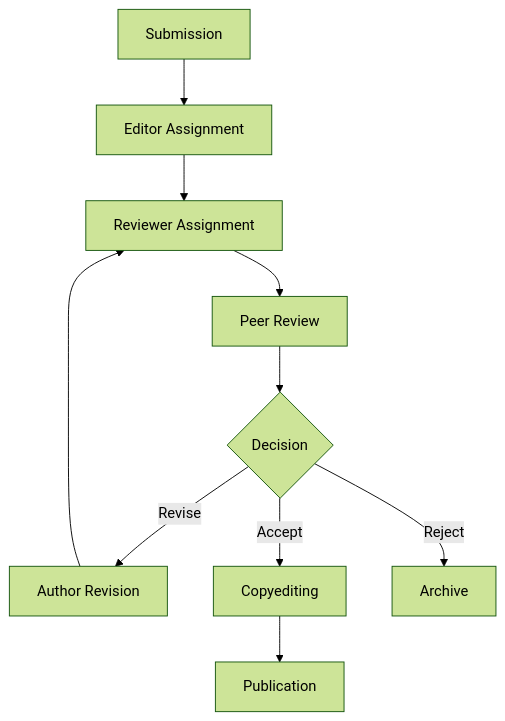
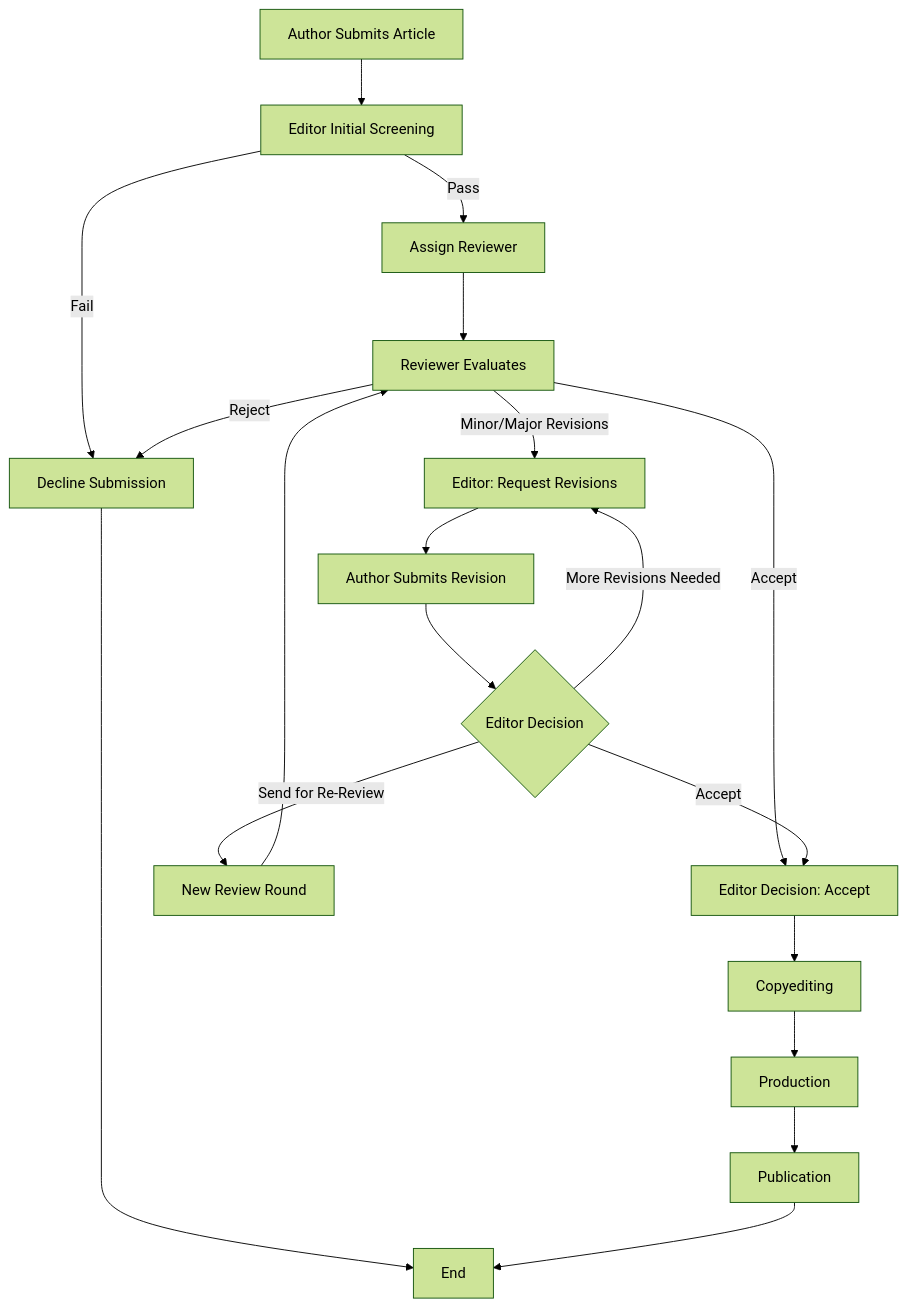
The diagram in README.md (dtr-kalfer/OJS-editorial-playbook), drawn with Mermaid (forest theme) before and after one commit.

Commit message:
update: README.md flowchart

````diff
--- a/README.md
+++ b/README.md
@@ -72,12 +72,31 @@
 ```mermaid
-graph TD
-A[Submission] --> B[Editor Assignment]
-B --> C[Reviewer Assignment]
-C --> D[Peer Review]
-D --> E{Decision}
-E -->|Revise| F[Author Revision]
-F --> C
-E -->|Accept| G[Copyediting]
-G --> H[Publication]
-E -->|Reject| I[Archive]
+flowchart TD
+
+A[Author Submits Article] --> B[Editor Initial Screening]
+
+B -->|Pass| C[Assign Reviewer]
+B -->|Fail| Z[Decline Submission]
+
+C --> D[Reviewer Evaluates]
+
+D -->|Accept| E[Editor Decision: Accept]
+D -->|Minor/Major Revisions| F[Editor: Request Revisions]
+D -->|Reject| Z
+
+F --> G[Author Submits Revision]
+
+G --> H{Editor Decision}
+
+H -->|Accept| E
+H -->|More Revisions Needed| F
+H -->|Send for Re-Review| I[New Review Round]
+
+I --> D
+
+E --> J[Copyediting]
+J --> K[Production]
+K --> L[Publication]
+
+Z --> END[End]
+L --> END
 ```
````
